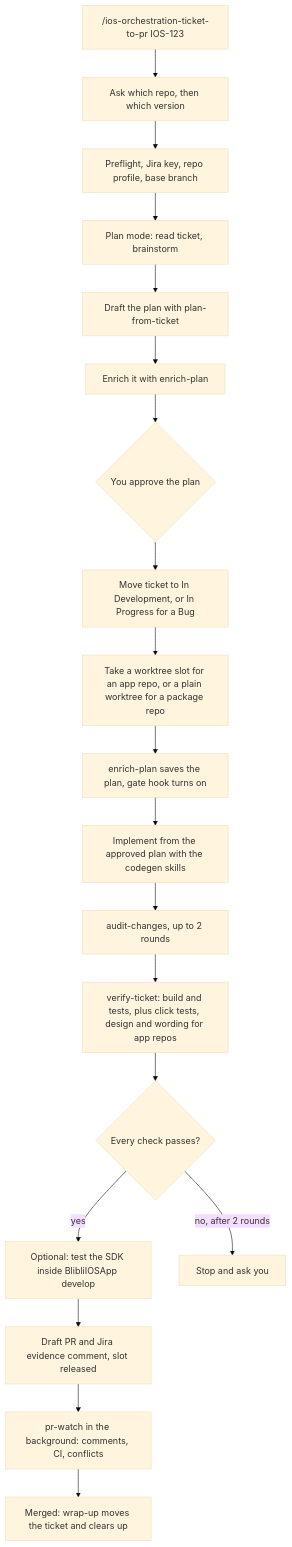
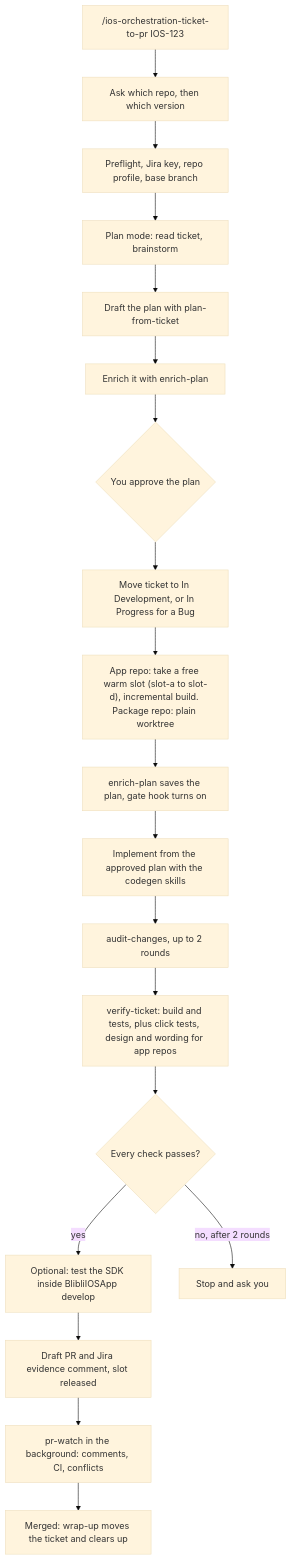
One commit to gdncomm-aditya-h/adit-mobile-orchestration changed the first of 2 diagrams in README.md. Above: the diagram before and after it, drawn with Mermaid (base theme). The commit also changed other lines of this file and 4 other files, not shown here.

First line of the commit message:
docs: explain worktree slots (a to d), warm start and incremental builds

````diff
--- a/README.md
+++ b/README.md
@@ -73,21 +73,21 @@
 ```mermaid
 flowchart TD
     A["/ios-orchestration-ticket-to-pr IOS-123"] --> Q["Ask which repo, then which version"]
     Q --> P["Preflight, Jira key, repo profile, base branch"]
     P --> B["Plan mode: read ticket, brainstorm"]
     B --> B2["Draft the plan with plan-from-ticket"]
     B2 --> B3["Enrich it with enrich-plan"]
     B3 --> C{"You approve the plan"}
     C --> D["Move ticket to In Development, or In Progress for a Bug"]
-    D --> E["Take a worktree slot for an app repo, or a plain worktree for a package repo"]
+    D --> E["App repo: take a free warm slot (slot-a to slot-d), incremental build. Package repo: plain worktree"]
     E --> F["enrich-plan saves the plan, gate hook turns on"]
     F --> G["Implement from the approved plan with the codegen skills"]
     G --> H["audit-changes, up to 2 rounds"]
     H --> I["verify-ticket: build and tests, plus click tests, design and wording for app repos"]
     I --> J{"Every check passes?"}
     J -- yes --> K["Optional: test the SDK inside BlibliIOSApp develop"]
     K --> L["Draft PR and Jira evidence comment, slot released"]
     L --> W["pr-watch in the background: comments, CI, conflicts"]
     W --> X["Merged: wrap-up moves the ticket and clears up"]
     J -- "no, after 2 rounds" --> M["Stop and ask you"]
 ```
````
